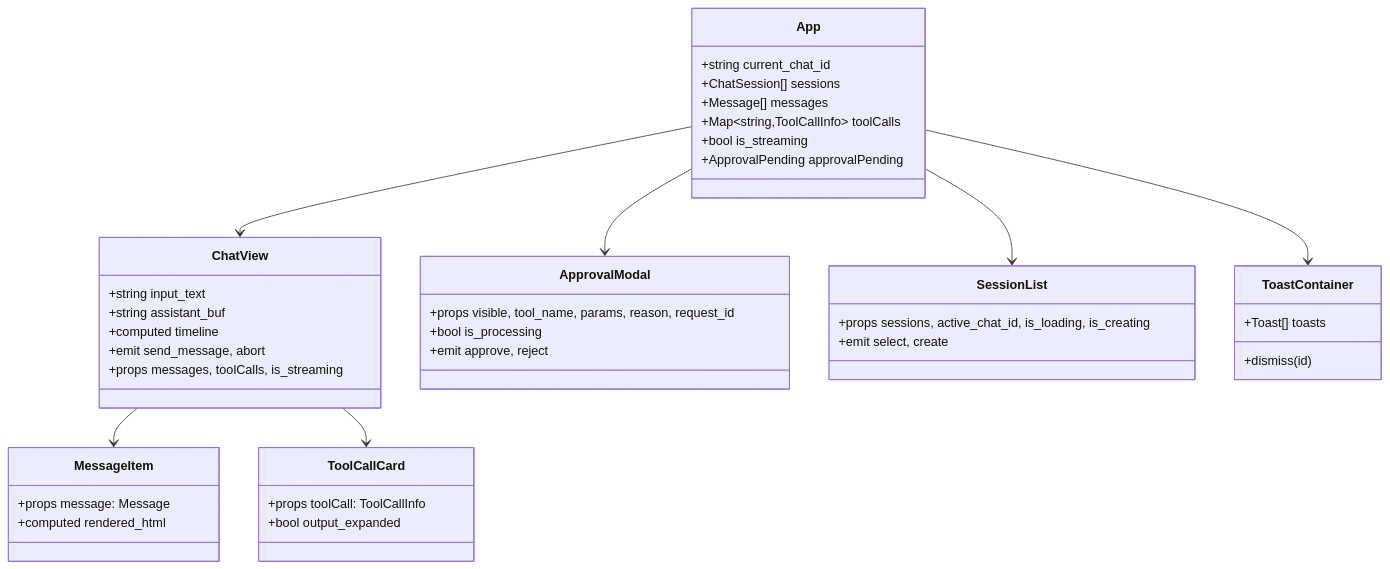
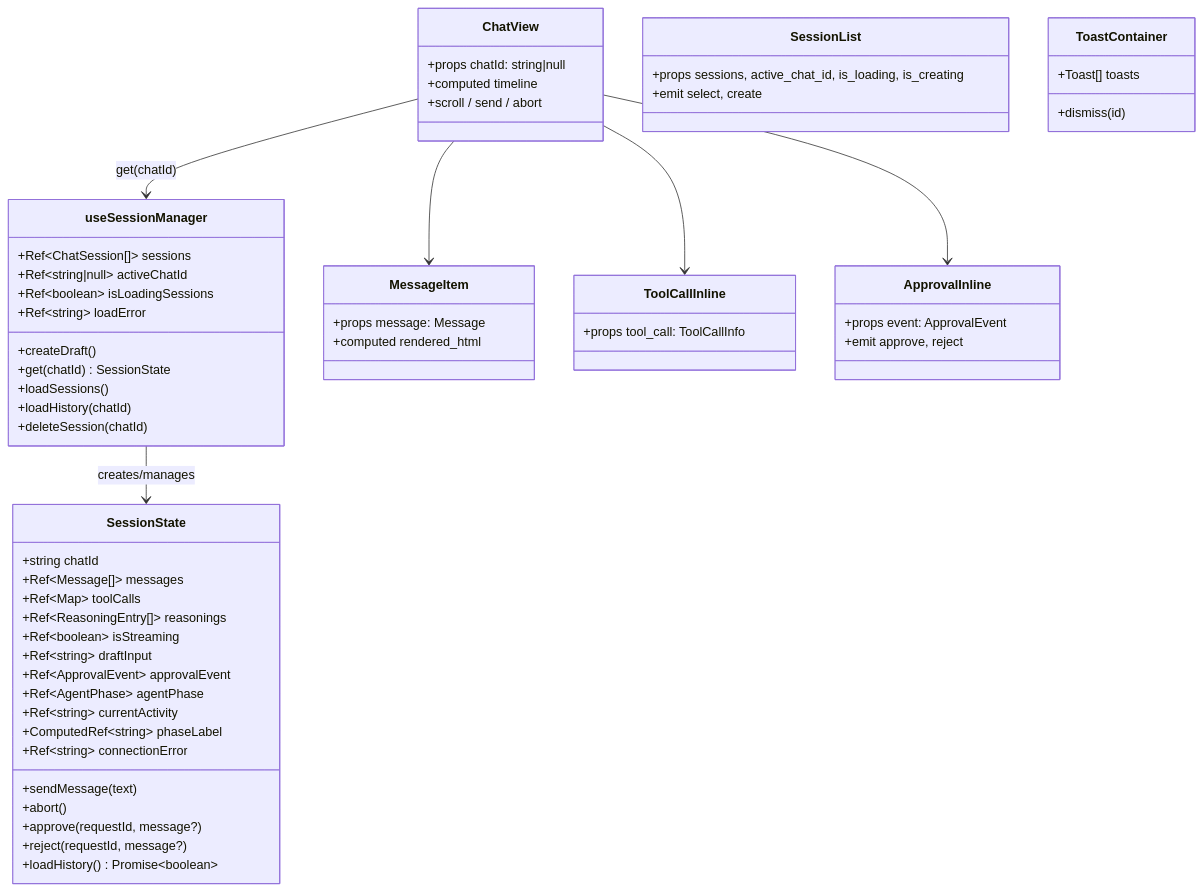
The fifth of 6 diagrams in frontend/graph.md (nazzeDe/alascup-agent), drawn with Mermaid before and after one commit. The commit also changed other lines of this file and 24 other files, not shown here.

First line of the commit message:
refactor: replace useChat/useSSE/useSessions with unified useSessionManager

````diff
--- a/frontend/graph.md
+++ b/frontend/graph.md
@@ -275,52 +272,69 @@
 ```mermaid
 classDiagram
-    class App {
-        +string current_chat_id
-        +ChatSession[] sessions
-        +Message[] messages
-        +Map~string,ToolCallInfo~ toolCalls
-        +bool is_streaming
-        +ApprovalPending approvalPending
+    class useSessionManager {
+        +Ref~ChatSession[]~ sessions
+        +Ref~string|null~ activeChatId
+        +Ref~boolean~ isLoadingSessions
+        +Ref~string~ loadError
+        +createDraft()
+        +get(chatId) SessionState
+        +loadSessions()
+        +loadHistory(chatId)
+        +deleteSession(chatId)
+    }
+
+    class SessionState {
+        +string chatId
+        +Ref~Message[]~ messages
+        +Ref~Map~ toolCalls
+        +Ref~ReasoningEntry[]~ reasonings
+        +Ref~boolean~ isStreaming
+        +Ref~string~ draftInput
+        +Ref~ApprovalEvent~ approvalEvent
+        +Ref~AgentPhase~ agentPhase
+        +Ref~string~ currentActivity
+        +ComputedRef~string~ phaseLabel
+        +Ref~string~ connectionError
+        +sendMessage(text)
+        +abort()
+        +approve(requestId, message?)
+        +reject(requestId, message?)
+        +loadHistory() Promise~boolean~
     }
 
     class ChatView {
-        +string input_text
-        +string assistant_buf
+        +props chatId: string|null
         +computed timeline
-        +emit send_message, abort
-        +props messages, toolCalls, is_streaming
+        +scroll / send / abort
     }
 
     class MessageItem {
         +props message: Message
         +computed rendered_html
     }
 
-    class ToolCallCard {
-        +props toolCall: ToolCallInfo
-        +bool output_expanded
+    class ToolCallInline {
+        +props tool_call: ToolCallInfo
     }
 
-    class ApprovalModal {
-        +props visible, tool_name, params, reason, request_id
-        +bool is_processing
+    class ApprovalInline {
+        +props event: ApprovalEvent
         +emit approve, reject
     }
 
     class SessionList {
         +props sessions, active_chat_id, is_loading, is_creating
         +emit select, create
     }
 
     class ToastContainer {
         +Toast[] toasts
         +dismiss(id)
     }
 
-    App --> ChatView
-    App --> SessionList
-    App --> ApprovalModal
-    App --> ToastContainer
+    ChatView --> useSessionManager: get(chatId)
     ChatView --> MessageItem
-    ChatView --> ToolCallCard
+    ChatView --> ToolCallInline
+    ChatView --> ApprovalInline
+    useSessionManager --> SessionState: creates/manages
 ```
````
